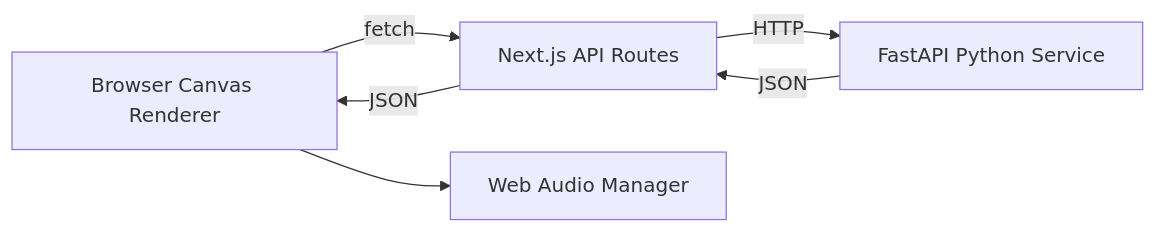
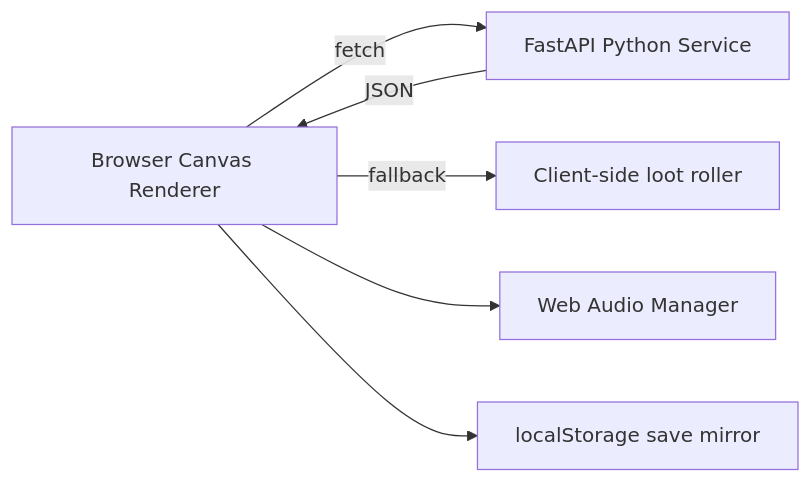
The diagram in README.md (StrayDogSyn/Next-Chapter-Retro-Game), drawn with Mermaid before and after one commit. The commit also changed other lines of this file and 7 other files, not shown here.

````diff
--- a/README.md
+++ b/README.md
@@ -59,8 +60,8 @@
 ```mermaid
 flowchart LR
-    A[Browser Canvas Renderer] -->|fetch| B[Next.js API Routes]
-    B -->|HTTP| C[FastAPI Python Service]
-    C -->|JSON| B
-    B -->|JSON| A
-    A --> D[Web Audio Manager]
+    A[Browser Canvas Renderer] -->|fetch| C[FastAPI Python Service]
+    C -->|JSON| A
+    A -->|fallback| D[Client-side loot roller]
+    A --> E[Web Audio Manager]
+    A --> F[localStorage save mirror]
 ```
````
